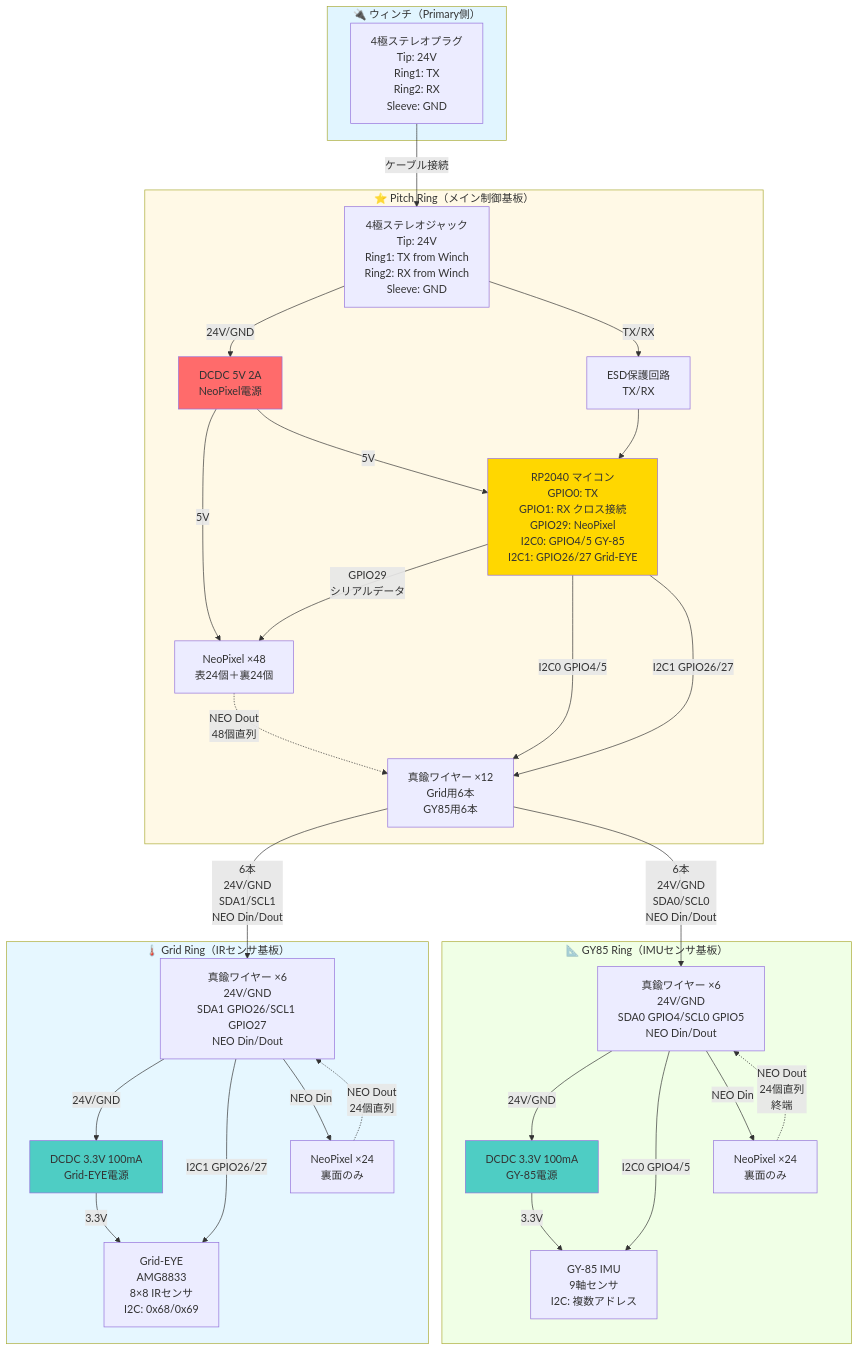
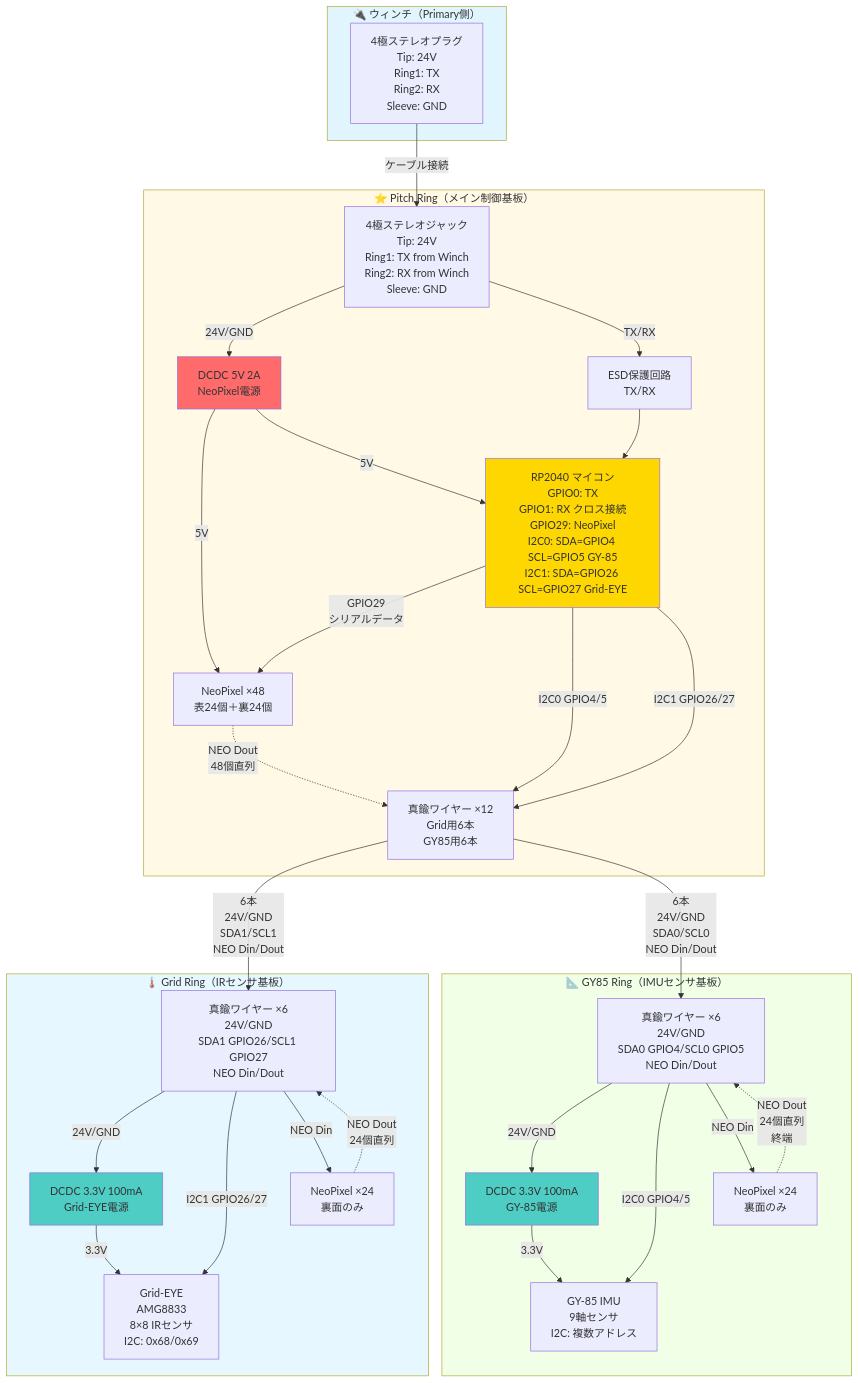
Before and after one commit to kyopan/FU-Nagoya: the diagram in docs/tasks/evaluation-board-design.md, drawn with Mermaid.

Commit message:
docs: add SDA/SCL pin details to RP2040 I2C specifications
- I2C0: SDA=GPIO4 SCL=GPIO5 (GY-85)
- I2C1: SDA=GPIO26 SCL=GPIO27 (Grid-EYE)

🤖 Generated with [Claude Code](https://claude.com/claude-code)

````diff
--- a/docs/tasks/evaluation-board-design.md
+++ b/docs/tasks/evaluation-board-design.md
@@ -89,70 +89,70 @@
 ```mermaid
 graph TB
     subgraph Winch["🔌 ウィンチ（Primary側）"]
         WinchOut[4極ステレオプラグ<br/>Tip: 24V<br/>Ring1: TX<br/>Ring2: RX<br/>Sleeve: GND]
     end
 
     subgraph PitchRing["⭐ Pitch Ring（メイン制御基板）"]
         Jack[4極ステレオジャック<br/>Tip: 24V<br/>Ring1: TX from Winch<br/>Ring2: RX from Winch<br/>Sleeve: GND]
-        RP2040[RP2040 マイコン<br/>GPIO0: TX<br/>GPIO1: RX クロス接続<br/>GPIO29: NeoPixel<br/>I2C0: GPIO4/5 GY-85<br/>I2C1: GPIO26/27 Grid-EYE]
+        RP2040[RP2040 マイコン<br/>GPIO0: TX<br/>GPIO1: RX クロス接続<br/>GPIO29: NeoPixel<br/>I2C0: SDA=GPIO4 SCL=GPIO5 GY-85<br/>I2C1: SDA=GPIO26 SCL=GPIO27 Grid-EYE]
         DCDC5V[DCDC 5V 2A<br/>NeoPixel電源]
         NeoPitch[NeoPixel ×48<br/>表24個＋裏24個]
         WirePitch[真鍮ワイヤー ×12<br/>Grid用6本<br/>GY85用6本]
         ESD[ESD保護回路<br/>TX/RX]
     end
 
     subgraph GridRing["🌡️ Grid Ring（IRセンサ基板）"]
         WireGrid[真鍮ワイヤー ×6<br/>24V/GND<br/>SDA1 GPIO26/SCL1 GPIO27<br/>NEO Din/Dout]
         DCDC3V_G[DCDC 3.3V 100mA<br/>Grid-EYE電源]
         GridEye[Grid-EYE<br/>AMG8833<br/>8×8 IRセンサ<br/>I2C: 0x68/0x69]
         NeoGrid[NeoPixel ×24<br/>裏面のみ]
     end
 
     subgraph GY85Ring["📐 GY85 Ring（IMUセンサ基板）"]
         WireGY[真鍮ワイヤー ×6<br/>24V/GND<br/>SDA0 GPIO4/SCL0 GPIO5<br/>NEO Din/Dout]
         DCDC3V_GY[DCDC 3.3V 100mA<br/>GY-85電源]
         GY85[GY-85 IMU<br/>9軸センサ<br/>I2C: 複数アドレス]
         NeoGY[NeoPixel ×24<br/>裏面のみ]
     end
 
     %% ウィンチ → Pitch Ring
     WinchOut -->|ケーブル接続| Jack
     Jack -->|24V/GND| DCDC5V
     Jack -->|TX/RX| ESD
     ESD --> RP2040
 
     %% Pitch Ring内部
     DCDC5V -->|5V| NeoPitch
     DCDC5V -->|5V| RP2040
     RP2040 -->|GPIO29<br/>シリアルデータ| NeoPitch
     RP2040 -->|I2C0 GPIO4/5| WirePitch
     RP2040 -->|I2C1 GPIO26/27| WirePitch
 
     %% Pitch Ring → Grid Ring
     WirePitch -->|6本<br/>24V/GND<br/>SDA1/SCL1<br/>NEO Din/Dout| WireGrid
     WireGrid -->|24V/GND| DCDC3V_G
     WireGrid -->|I2C1 GPIO26/27| GridEye
     WireGrid -->|NEO Din| NeoGrid
     DCDC3V_G -->|3.3V| GridEye
 
     %% Pitch Ring → GY85 Ring
     WirePitch -->|6本<br/>24V/GND<br/>SDA0/SCL0<br/>NEO Din/Dout| WireGY
     WireGY -->|24V/GND| DCDC3V_GY
     WireGY -->|I2C0 GPIO4/5| GY85
     WireGY -->|NEO Din| NeoGY
     DCDC3V_GY -->|3.3V| GY85
 
     %% NeoPixelチェーン
     NeoPitch -.->|NEO Dout<br/>48個直列| WirePitch
     NeoGrid -.->|NEO Dout<br/>24個直列| WireGrid
     NeoGY -.->|NEO Dout<br/>24個直列<br/>終端| WireGY
 
     style Winch fill:#e1f5ff
     style PitchRing fill:#fff9e6
     style GridRing fill:#e6f7ff
     style GY85Ring fill:#f0ffe6
     style RP2040 fill:#ffd700
     style DCDC5V fill:#ff6b6b
     style DCDC3V_G fill:#4ecdc4
     style DCDC3V_GY fill:#4ecdc4
 ```
````
